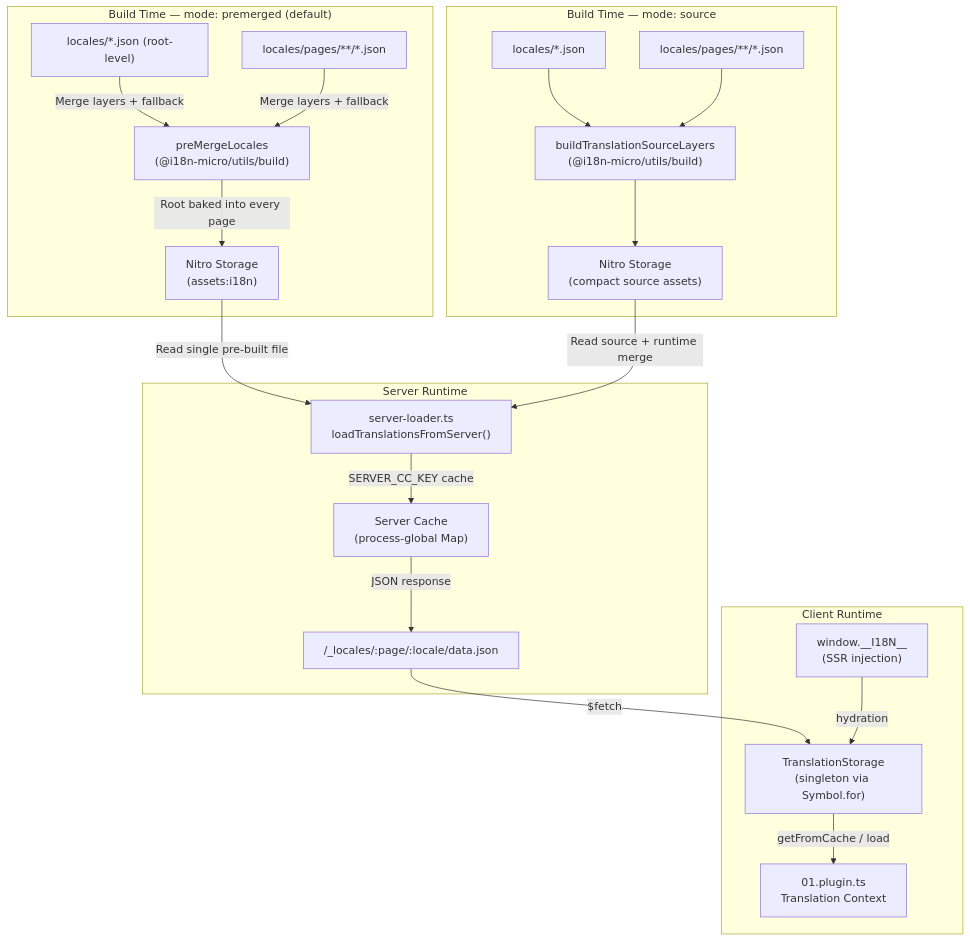
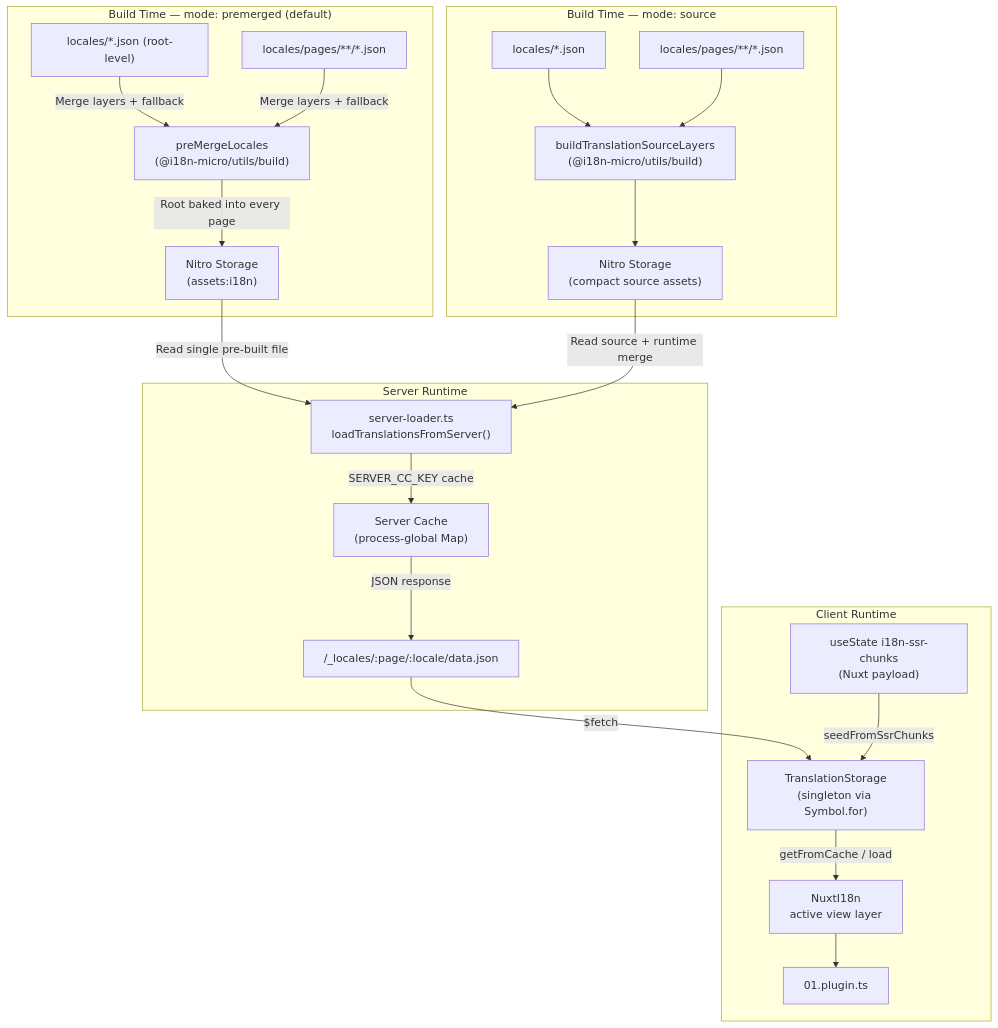
Before and after one commit to s00d/nuxt-i18n-micro: the diagram in docs/api/i18n-cache-api.md, drawn with Mermaid. The commit also changed other lines of this file and 13 other files, not shown here.

First line of the commit message:
docs: sync guides with PR #229 runtime architecture

````diff
--- a/docs/api/i18n-cache-api.md
+++ b/docs/api/i18n-cache-api.md
@@ -21,27 +21,28 @@
 ```mermaid
 flowchart TB
     subgraph BuildPremerged["Build Time — mode: premerged (default)"]
         F1["locales/*.json (root-level)"] -->|Merge layers + fallback| PM["preMergeLocales<br/>(@i18n-micro/utils/build)"]
         F2["locales/pages/**/*.json"] -->|Merge layers + fallback| PM
         PM -->|"Root baked into every page"| NS1["Nitro Storage<br/>(assets:i18n)"]
     end
 
     subgraph BuildSource["Build Time — mode: source"]
         SF1["locales/*.json"] --> SLayers["buildTranslationSourceLayers<br/>(@i18n-micro/utils/build)"]
         SF2["locales/pages/**/*.json"] --> SLayers
         SLayers --> NS2["Nitro Storage<br/>(compact source assets)"]
     end
 
     subgraph Server["Server Runtime"]
         NS1 -->|"Read single pre-built file"| SL["server-loader.ts<br/>loadTranslationsFromServer()"]
         NS2 -->|"Read source + runtime merge"| SL
         SL -->|SERVER_CC_KEY cache| SC["Server Cache<br/>(process-global Map)"]
         SC -->|JSON response| API["/_locales/:page/:locale/data.json"]
     end
 
     subgraph Client["Client Runtime"]
         API -->|$fetch| TS["TranslationStorage<br/>(singleton via Symbol.for)"]
-        SSR["window.__I18N__<br/>(SSR injection)"] -->|hydration| TS
-        TS -->|getFromCache / load| PL["01.plugin.ts<br/>Translation Context"]
+        SSR["useState i18n-ssr-chunks<br/>(Nuxt payload)"] -->|seedFromSsrChunks| TS
+        TS -->|getFromCache / load| NI["NuxtI18n<br/>active view layer"]
+        NI --> PL["01.plugin.ts"]
     end
 ```
````
